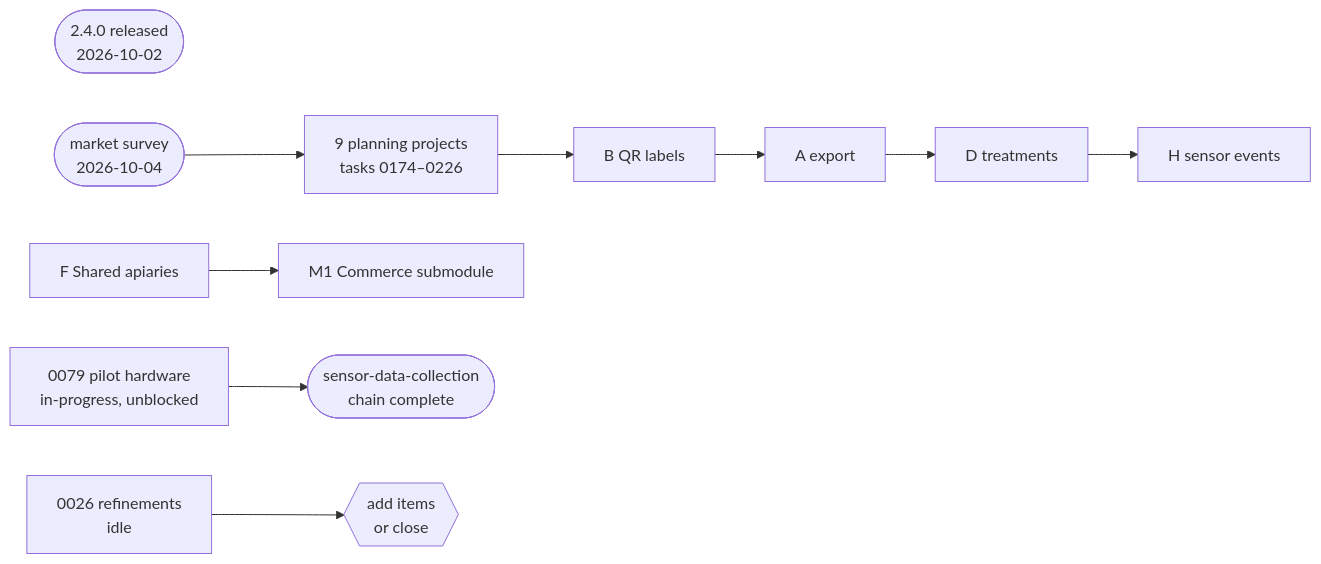
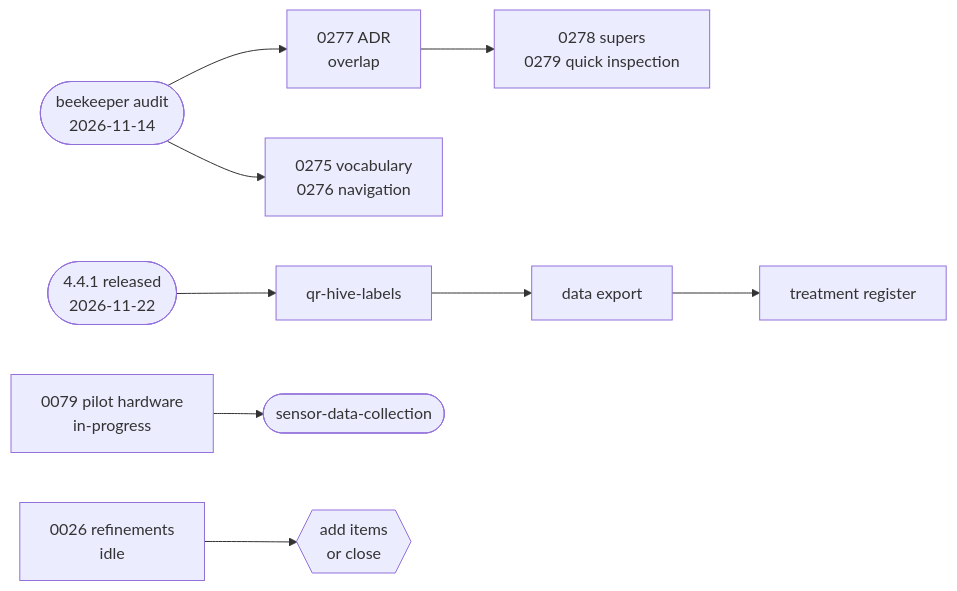
One commit to deburca/hivelog changed the diagram in docs/project-management/roadmap.md. Above: the diagram before and after it, drawn with Mermaid. The commit also changed other lines of this file, not shown here.

Commit message:
docs: refresh roadmap to 4.4.1 (was 2.4.0) (#232)

````diff
--- a/docs/project-management/roadmap.md
+++ b/docs/project-management/roadmap.md
@@ -194,9 +166,9 @@
 ```mermaid
 flowchart LR
-  Rel(["2.4.0 released<br/>2026-10-02"])
-  Survey(["market survey<br/>2026-10-04"]) --> Plan["9 planning projects<br/>tasks 0174–0226"]
-  Plan --> B["B QR labels"] --> A["A export"] --> D["D treatments"] --> H["H sensor events"]
-  S["F Shared apiaries"] --> M["M1 Commerce submodule"]
-  T79["0079 pilot hardware<br/>in-progress, unblocked"] --> Sensors(["sensor-data-collection<br/>chain complete"])
+  Rel(["4.4.1 released<br/>2026-11-22"])
+  Audit(["beekeeper audit<br/>2026-11-14"]) --> A277["0277 ADR<br/>overlap"] --> A278["0278 supers<br/>0279 quick inspection"]
+  Audit --> A275["0275 vocabulary<br/>0276 navigation"]
+  Rel --> Q["qr-hive-labels"] --> E["data export"] --> T["treatment register"]
+  T79["0079 pilot hardware<br/>in-progress"] --> Sensors(["sensor-data-collection"])
   T26["0026 refinements<br/>idle"] --> Decide{{"add items<br/>or close"}}
 ```
````
